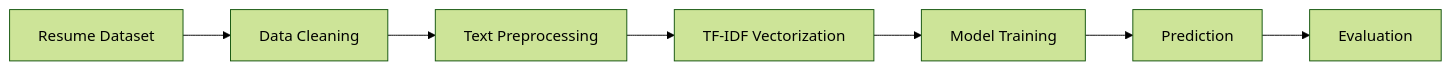
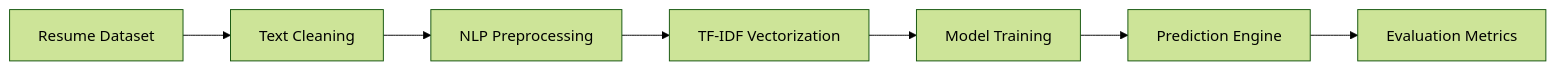
The diagram in README.md (Donamol-Joseph/AI-Resume-Screening-System), drawn with Mermaid (forest theme) before and after one commit. The commit also changed other lines of this file, not shown here.

````diff
--- a/README.md
+++ b/README.md
@@ -43,9 +66,9 @@
 ```mermaid
-graph LR;
-    A[Resume Dataset] --> B[Data Cleaning]
-    B --> C[Text Preprocessing]
+flowchart LR
+    A[Resume Dataset] --> B[Text Cleaning]
+    B --> C[NLP Preprocessing]
     C --> D[TF-IDF Vectorization]
     D --> E[Model Training]
-    E --> F[Prediction]
-    F --> G[Evaluation]
+    E --> F[Prediction Engine]
+    F --> G[Evaluation Metrics]
 ```
````
